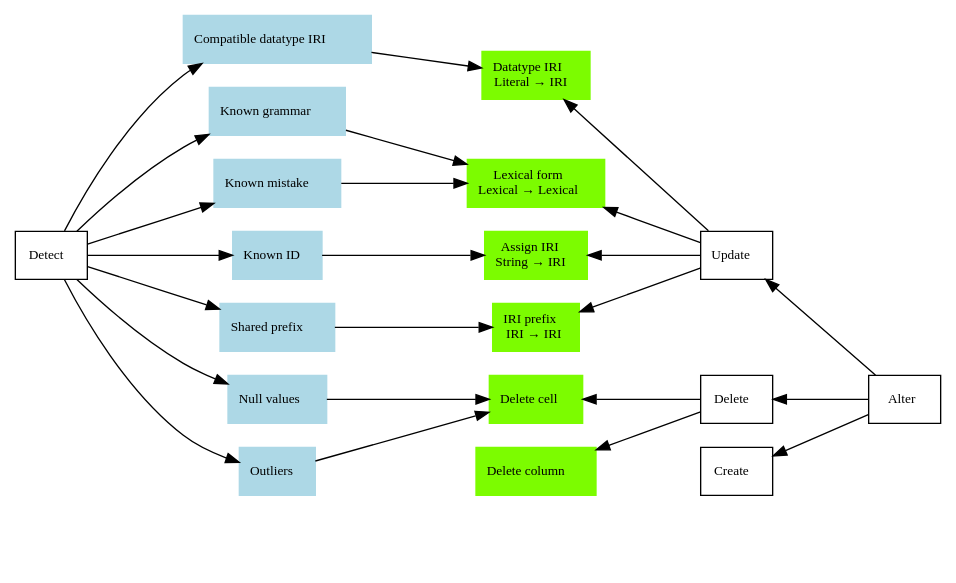
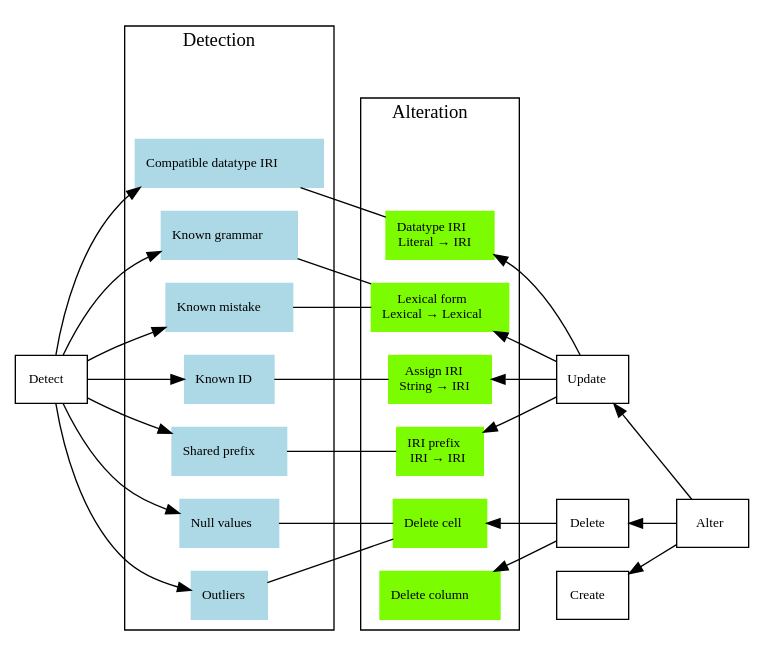
The diagram in img/data_trans.dot (wouterbeek/prolog_rdf), drawn with Graphviz before and after one commit. The commit also changed 1 other file, not shown here.

```diff
--- a/img/data_trans.dot
+++ b/img/data_trans.dot
@@ -1,83 +1,92 @@
 digraph data_transformation {
   rankdir=LR;
-  ranksep=1.0;
   node [fontsize=10.0,shape=rect];
 
   {
     rank=same;
     r1 [style=invisible];
     n1 [label=<Detect>];
   }
 
-  {
+  subgraph cluster0 {
+    label=<Detection>;
     rank=same;
     r2 [style=invisible];
     node [color=lightblue,style=filled];
     n11 [label=<Compatible datatype IRI>];
     n12 [label=<Known grammar>];
     n13 [label=<Known mistake>];
     n14 [label=<Known ID>];
     n15 [label=<Shared prefix>];
     n16 [label=<Null values>];
     n17 [label=<Outliers>];
   }
 
-  {
+  subgraph cluster1 {
+    label=<Alteration>;
     rank=same;
     r3 [style=invisible];
     node [color=lawngreen,style=filled];
     n221 [label=<Datatype IRI<BR/>Literal → IRI>];
     n222 [label=<Lexical form<BR/>Lexical → Lexical>];
     n223 [label=<Assign IRI<BR/>String → IRI>];
     n224 [label=<IRI prefix<BR/>IRI → IRI>];
     n231 [label=<Delete cell>];
     n232 [label=<Delete column>];
   }
   
   {
     rank=same;
     r4 [style=invisible];
     n21 [label=<Create>];
     n22 [label=<Update>];
     n23 [label=<Delete>];
   }
 
   {
     rank=same;
     r5 [style=invisible];
     n2 [label=<Alter>];
   }
   
   {
     edge [arrowhead=none,style=invisible];
     r1 -> r2 -> r3 -> r4 -> r5;
   }
 
-  n1 -> n11;
-  n1 -> n12;
-  n1 -> n13;
-  n1 -> n14;
-  n1 -> n15;
-  n1 -> n16;
-  n1 -> n17;
+  {
+    edge [dir=forward];
+    n1 -> n11;
+    n1 -> n12;
+    n1 -> n13;
+    n1 -> n14;
+    n1 -> n15;
+    n1 -> n16;
+    n1 -> n17;
+  }
+  
+  {
+    edge [dir=none];
+    n11 -> n221;
+    n12 -> n222;
+    n13 -> n222;
+    n14 -> n223;
+    n15 -> n224;
+    n16 -> n231;
+    n17 -> n231;
+  }
 
-  n2 -> n21;
-  n2 -> n22;
-  n2 -> n23;
+  {
+    edge [dir=back];
+    n221 -> n22;
+    n222 -> n22;
+    n223 -> n22;
+    n224 -> n22;
+    n231 -> n23;
+    n232 -> n23;
 
-  n22 -> n221;
-  n22 -> n222;
-  n22 -> n223;
-  n22 -> n224;
-
-  n23 -> n231;
-  n23 -> n232;
-
-  n11 -> n221;
-  n12 -> n222;
-  n13 -> n222;
-  n14 -> n223;
-  n15 -> n224;
-  n16 -> n231;
-  n17 -> n231;
+    n21 -> n2;
+    n22 -> n2;
+    n23 -> n2;
+  }
 }
```
